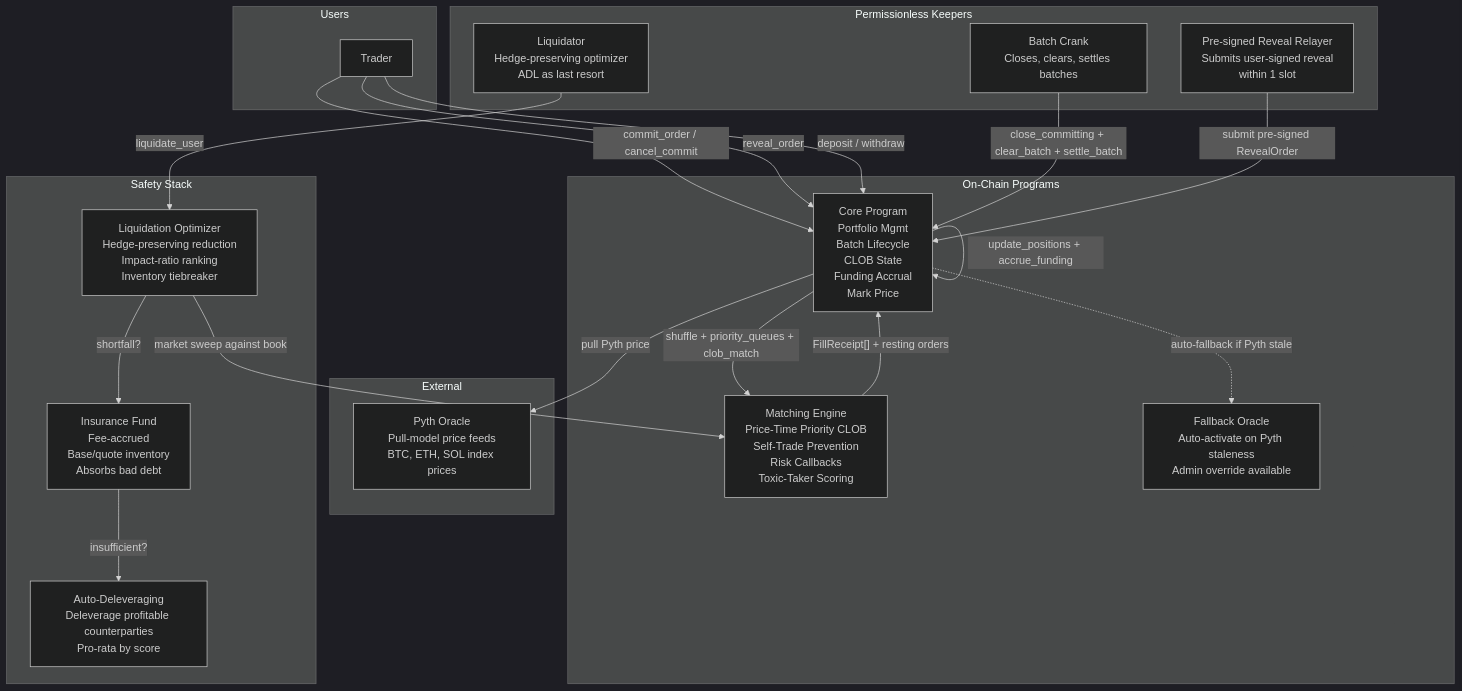
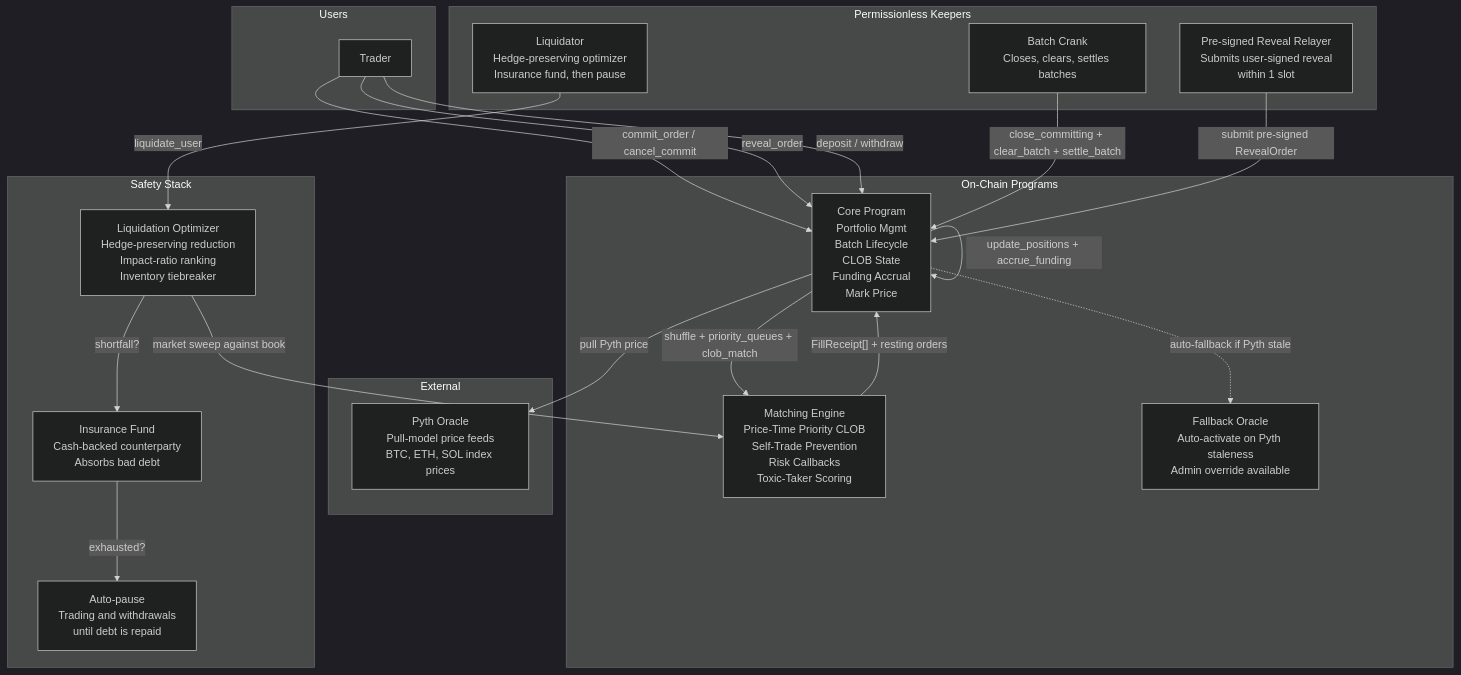
Before and after one commit to mangekyou-labs/mgk-protocol: the diagram in docs/ARCHITECTURE.md, drawn with Mermaid (dark theme). The commit also changed other lines of this file and 7 other files, not shown here.

First line of the commit message:
docs: cash-backed insurance fund, remove ADL references (issue #23)

````diff
--- a/docs/ARCHITECTURE.md
+++ b/docs/ARCHITECTURE.md
@@ -43,43 +43,43 @@
 ```mermaid
 graph TD
     subgraph Users
         TRADER[Trader]
     end
 
     subgraph "On-Chain Programs"
         CORE[Core Program<br/>Portfolio Mgmt<br/>Batch Lifecycle<br/>CLOB State<br/>Funding Accrual<br/>Mark Price]
         MATCH[Matching Engine<br/>Price-Time Priority CLOB<br/>Self-Trade Prevention<br/>Risk Callbacks<br/>Toxic-Taker Scoring]
         FALLBACK[Fallback Oracle<br/>Auto-activate on Pyth staleness<br/>Admin override available]
     end
 
     subgraph External
         PYTH[Pyth Oracle<br/>Pull-model price feeds<br/>BTC, ETH, SOL index prices]
     end
 
     subgraph "Permissionless Keepers"
         CRANK[Batch Crank<br/>Closes, clears, settles batches]
-        LIQ[Liquidator<br/>Hedge-preserving optimizer<br/>ADL as last resort]
+        LIQ[Liquidator<br/>Hedge-preserving optimizer<br/>Insurance fund, then pause]
         RELAYER[Pre-signed Reveal Relayer<br/>Submits user-signed reveal<br/>within 1 slot]
     end
 
     subgraph "Safety Stack"
         OPTIMIZER[Liquidation Optimizer<br/>Hedge-preserving reduction<br/>Impact-ratio ranking<br/>Inventory tiebreaker]
-        INSURANCE[Insurance Fund<br/>Fee-accrued<br/>Base/quote inventory<br/>Absorbs bad debt]
-        ADL[Auto-Deleveraging<br/>Deleverage profitable counterparties<br/>Pro-rata by score]
+        INSURANCE[Insurance Fund<br/>Cash-backed counterparty<br/>Absorbs bad debt]
+        PAUSE[Auto-pause<br/>Trading and withdrawals<br/>until debt is repaid]
     end
 
     TRADER -->|commit_order / cancel_commit| CORE
     TRADER -->|reveal_order| CORE
     TRADER -->|deposit / withdraw| CORE
     CORE -->|"shuffle + priority_queues + clob_match"| MATCH
     MATCH -->|"FillReceipt[] + resting orders"| CORE
     CORE -->|update_positions + accrue_funding| CORE
     CORE -->|pull Pyth price| PYTH
     CORE -.->|auto-fallback if Pyth stale| FALLBACK
     CRANK -->|close_committing + clear_batch + settle_batch| CORE
     LIQ -->|liquidate_user| OPTIMIZER
     OPTIMIZER -->|market sweep against book| MATCH
     OPTIMIZER -->|shortfall?| INSURANCE
-    INSURANCE -->|insufficient?| ADL
+    INSURANCE -->|exhausted?| PAUSE
     RELAYER -->|submit pre-signed RevealOrder| CORE
 ```
````
